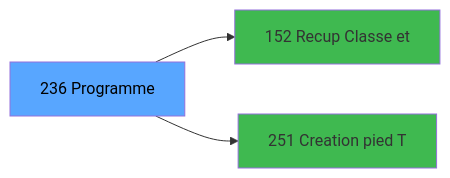
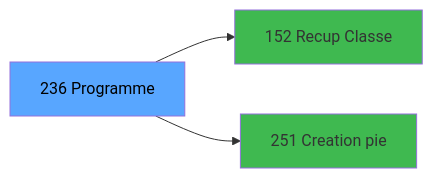
Before and after one commit to thonyAGP/magic-migration: the third of 3 diagrams in .openspec/specs/ADH-IDE-236.md, drawn with Mermaid. The commit also changed other lines of this file and 323 other files, not shown here.

````diff
--- a/.openspec/specs/ADH-IDE-236.md
+++ b/.openspec/specs/ADH-IDE-236.md
@@ -133,11 +170,11 @@
 ```mermaid
 graph LR
     T[236 Programme]
-    C152[152 Recup Classe et]
+    C152[152 Recup Classe]
     T --> C152
-    C251[251 Creation pied T]
+    C251[251 Creation pie]
     T --> C251
     style T fill:#58a6ff,color:#000
     style C152 fill:#3fb950
     style C251 fill:#3fb950
 ```
````
